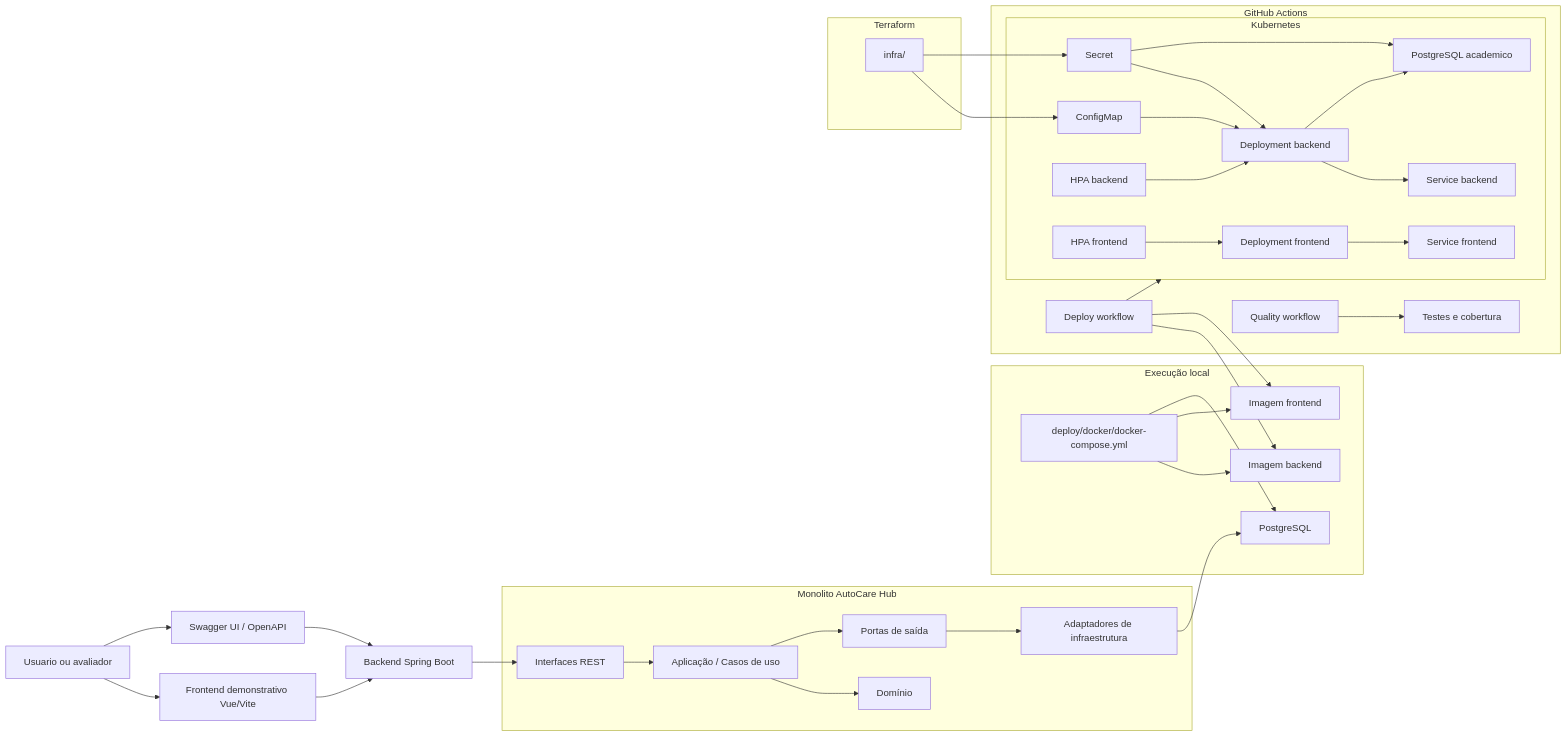
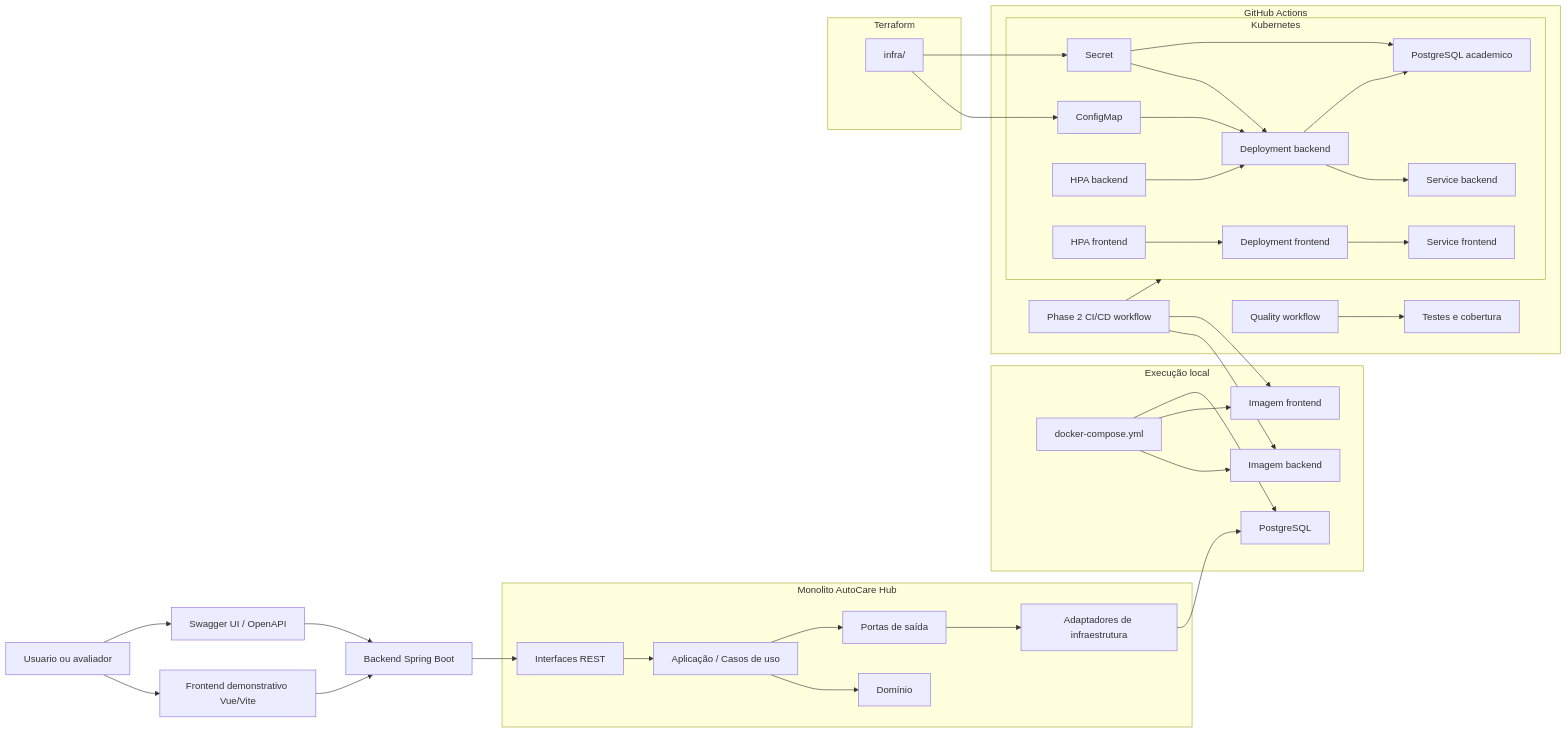
The diagram in docs/architecture/PHASE2_ARCHITECTURE.md (yxsbx/SOAT-FIAP), drawn with Mermaid before and after one commit. The commit also changed 50 other files, not shown here.

````diff
--- a/docs/architecture/PHASE2_ARCHITECTURE.md
+++ b/docs/architecture/PHASE2_ARCHITECTURE.md
@@ -9,66 +9,66 @@
 ```mermaid
 flowchart LR
     User["Usuario ou avaliador"] --> Web["Frontend demonstrativo Vue/Vite"]
     User --> Swagger["Swagger UI / OpenAPI"]
     Web --> Api["Backend Spring Boot"]
     Swagger --> Api
 
     subgraph App["Monolito AutoCare Hub"]
         Controllers["Interfaces REST"]
         UseCases["Aplicação / Casos de uso"]
         Domain["Domínio"]
         Ports["Portas de saída"]
         Adapters["Adaptadores de infraestrutura"]
         Controllers --> UseCases
         UseCases --> Domain
         UseCases --> Ports
         Ports --> Adapters
     end
 
     Api --> Controllers
     Adapters --> Db["PostgreSQL"]
 
     subgraph Docker["Execução local"]
-        Compose["deploy/docker/docker-compose.yml"]
+        Compose["docker-compose.yml"]
         BackendImage["Imagem backend"]
         FrontendImage["Imagem frontend"]
         Compose --> BackendImage
         Compose --> FrontendImage
         Compose --> Db
     end
 
     subgraph K8s["Kubernetes"]
         DeployApi["Deployment backend"]
         DeployWeb["Deployment frontend"]
         SvcApi["Service backend"]
         SvcWeb["Service frontend"]
         ConfigMap["ConfigMap"]
         Secret["Secret"]
         HpaApi["HPA backend"]
         HpaWeb["HPA frontend"]
         Postgres["PostgreSQL academico"]
         DeployApi --> SvcApi
         DeployWeb --> SvcWeb
         ConfigMap --> DeployApi
         Secret --> DeployApi
         Secret --> Postgres
         HpaApi --> DeployApi
         HpaWeb --> DeployWeb
         DeployApi --> Postgres
     end
 
     subgraph IaC["Terraform"]
         Tf["infra/"]
         Tf --> ConfigMap
         Tf --> Secret
     end
 
     subgraph Pipeline["GitHub Actions"]
         Quality["Quality workflow"]
-        Deploy["Deploy workflow"]
+        Deploy["Phase 2 CI/CD workflow"]
         Quality --> Tests["Testes e cobertura"]
         Deploy --> BackendImage
         Deploy --> FrontendImage
         Deploy --> K8s
     end
 ```
````
